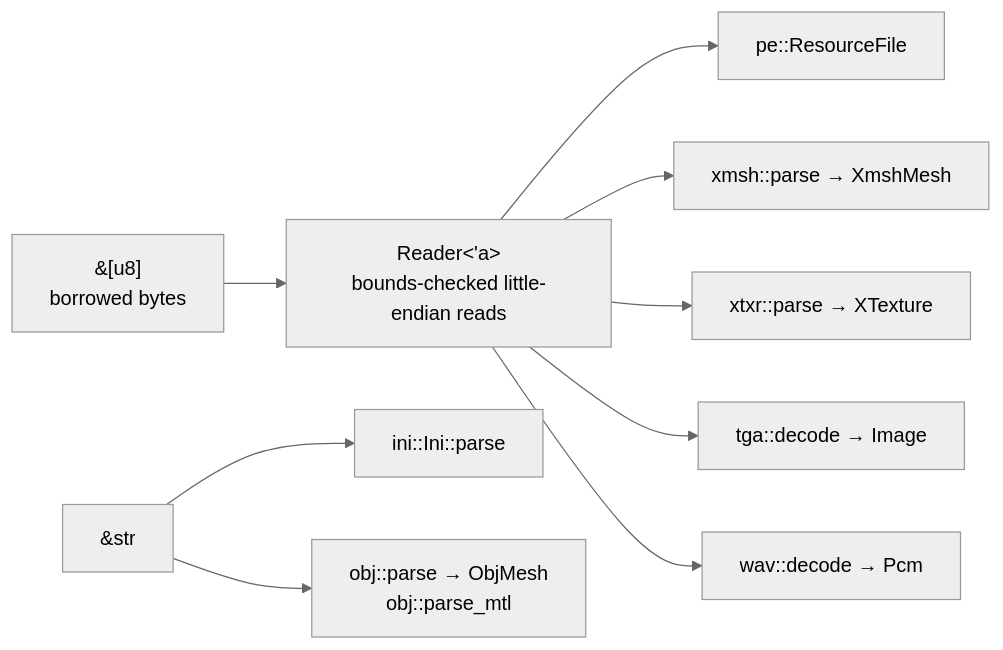
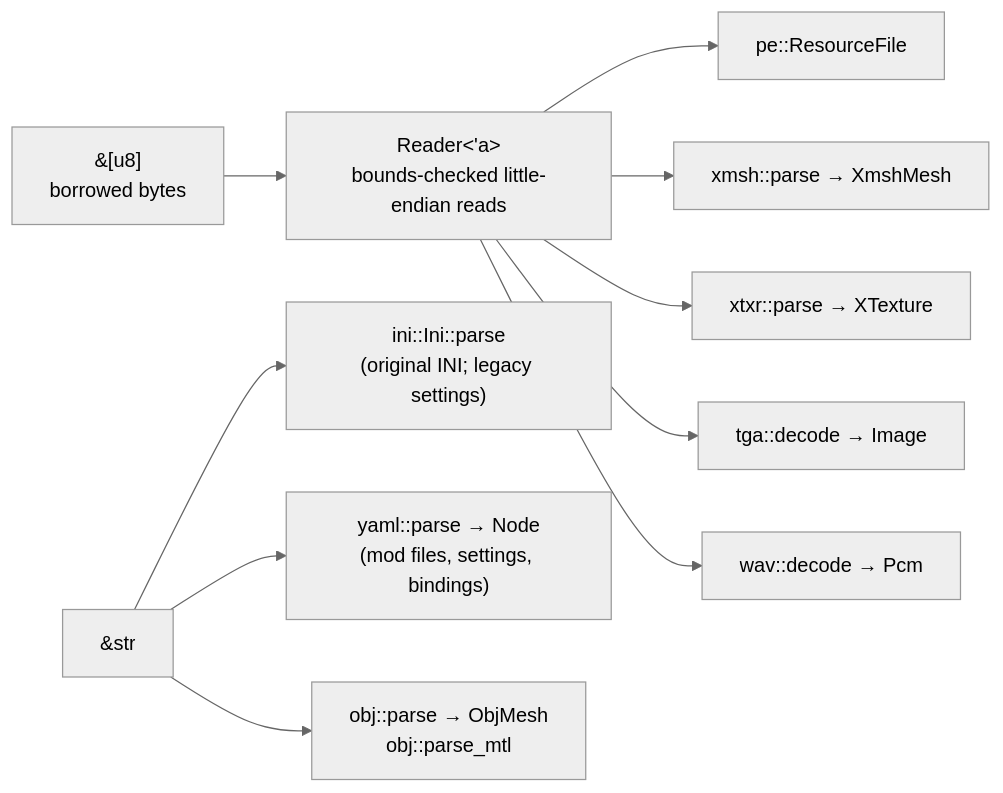
One commit to bbogovich/OpenInterceptor changed the diagram in docs/architecture/formats.md. Above: the diagram before and after it, drawn with Mermaid (neutral theme). The commit also changed other lines of this file and 56 other files, not shown here.

Commit message:
Site 0.6.0: YAML mod format, behaviours and conditions, difficulty, cockpit layout

````diff
--- a/docs/architecture/formats.md
+++ b/docs/architecture/formats.md
@@ -9,11 +9,12 @@
 ```mermaid
 flowchart LR
     B["&[u8]<br/>borrowed bytes"] --> RD["Reader&lt;'a&gt;<br/>bounds-checked little-endian reads"]
     RD --> PE["pe::ResourceFile"]
     RD --> XM["xmsh::parse → XmshMesh"]
     RD --> XT["xtxr::parse → XTexture"]
     RD --> TG["tga::decode → Image"]
     RD --> WV["wav::decode → Pcm"]
-    TXT["&str"] --> INI["ini::Ini::parse"]
+    TXT["&str"] --> INI["ini::Ini::parse<br/>(original INI; legacy settings)"]
+    TXT --> YML["yaml::parse → Node<br/>(mod files, settings, bindings)"]
     TXT --> OBJ["obj::parse → ObjMesh<br/>obj::parse_mtl"]
 ```
````
